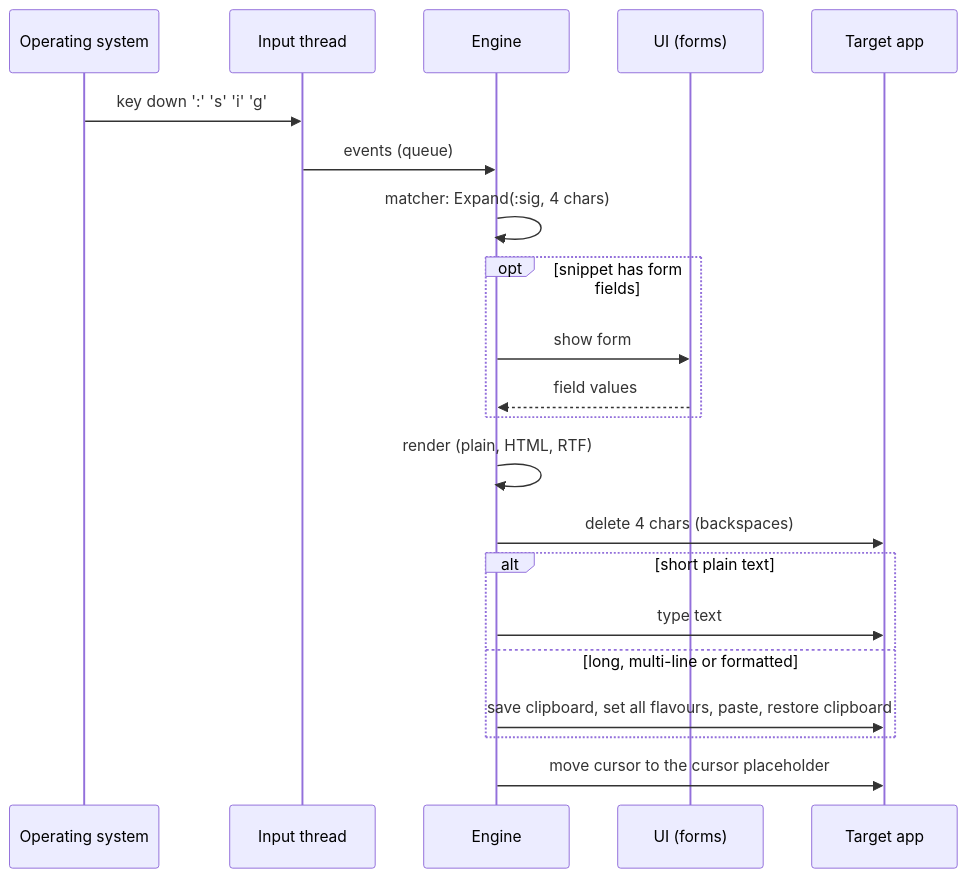
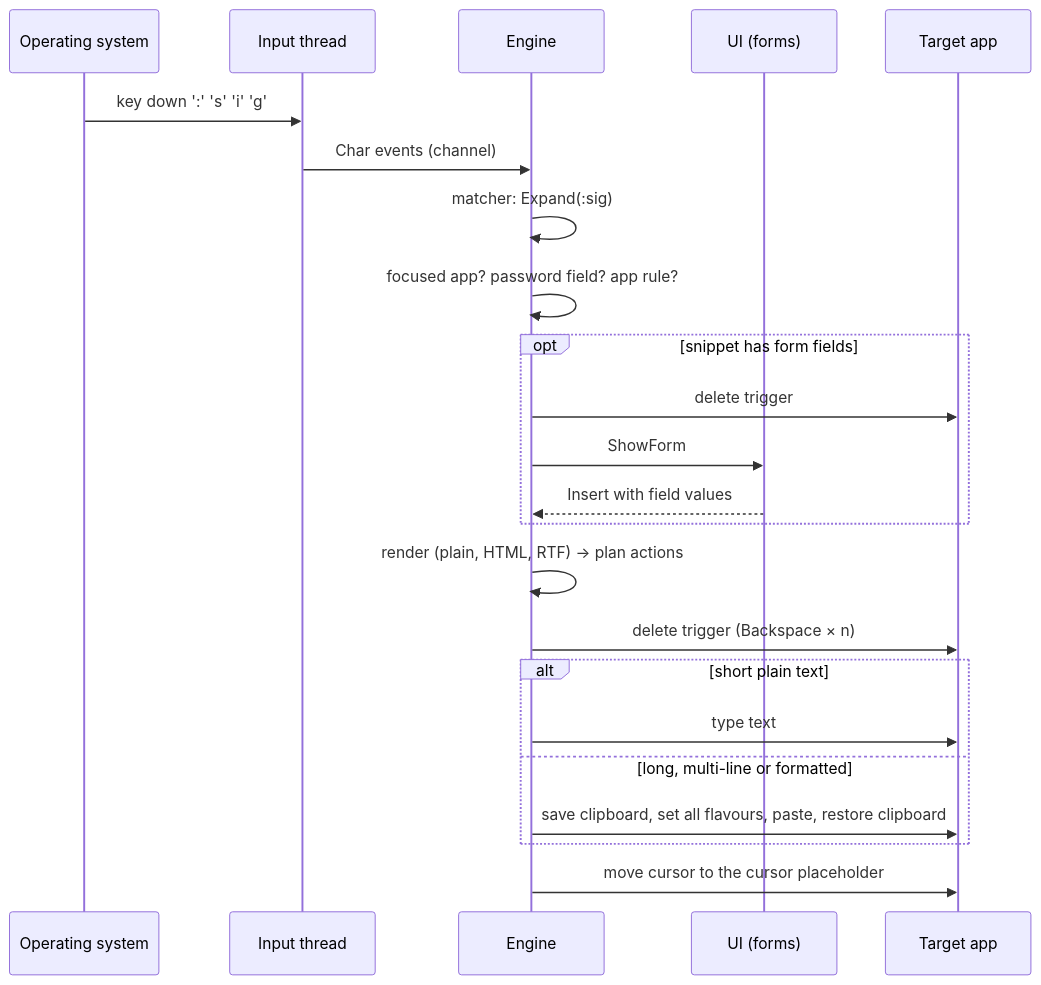
One commit to typlet-app/typlet changed the second of 2 diagrams in docs/architecture.md. Above: the diagram before and after it, drawn with Mermaid. The commit also changed other lines of this file and 95 other files, not shown here.

````diff
--- a/docs/architecture.md
+++ b/docs/architecture.md
@@ -59,23 +66,25 @@
 ```mermaid
 sequenceDiagram
     participant OS as Operating system
     participant In as Input thread
     participant En as Engine
     participant UI as UI (forms)
     participant App as Target app
     OS->>In: key down ':' 's' 'i' 'g'
-    In->>En: events (queue)
-    En->>En: matcher: Expand(:sig, 4 chars)
+    In->>En: Char events (channel)
+    En->>En: matcher: Expand(:sig)
+    En->>En: focused app? password field? app rule?
     opt snippet has form fields
-        En->>UI: show form
-        UI-->>En: field values
+        En->>App: delete trigger
+        En->>UI: ShowForm
+        UI-->>En: Insert with field values
     end
-    En->>En: render (plain, HTML, RTF)
-    En->>App: delete 4 chars (backspaces)
+    En->>En: render (plain, HTML, RTF) → plan actions
+    En->>App: delete trigger (Backspace × n)
     alt short plain text
         En->>App: type text
     else long, multi-line or formatted
         En->>App: save clipboard, set all flavours, paste, restore clipboard
     end
     En->>App: move cursor to the cursor placeholder
 ```
````
